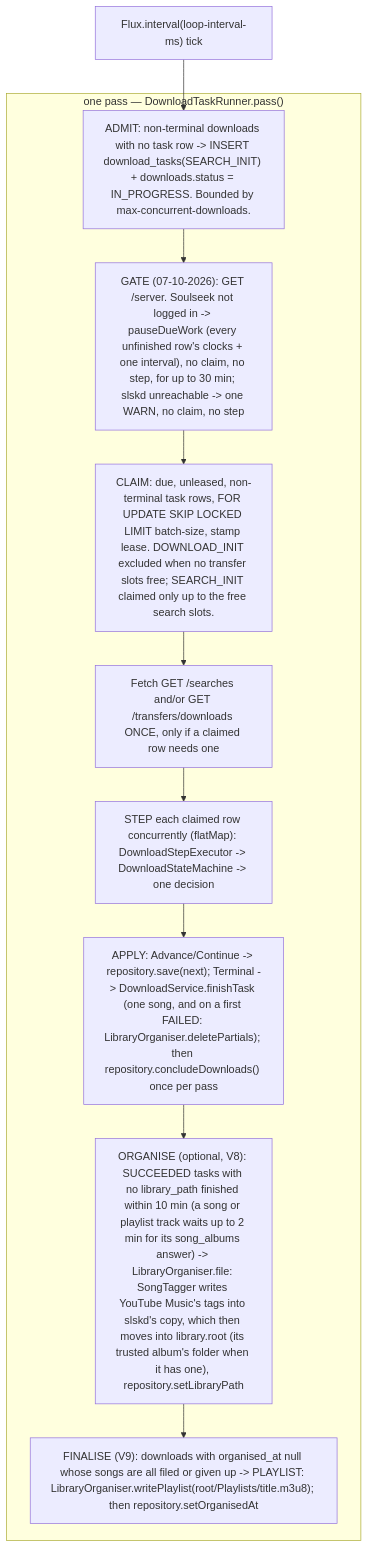
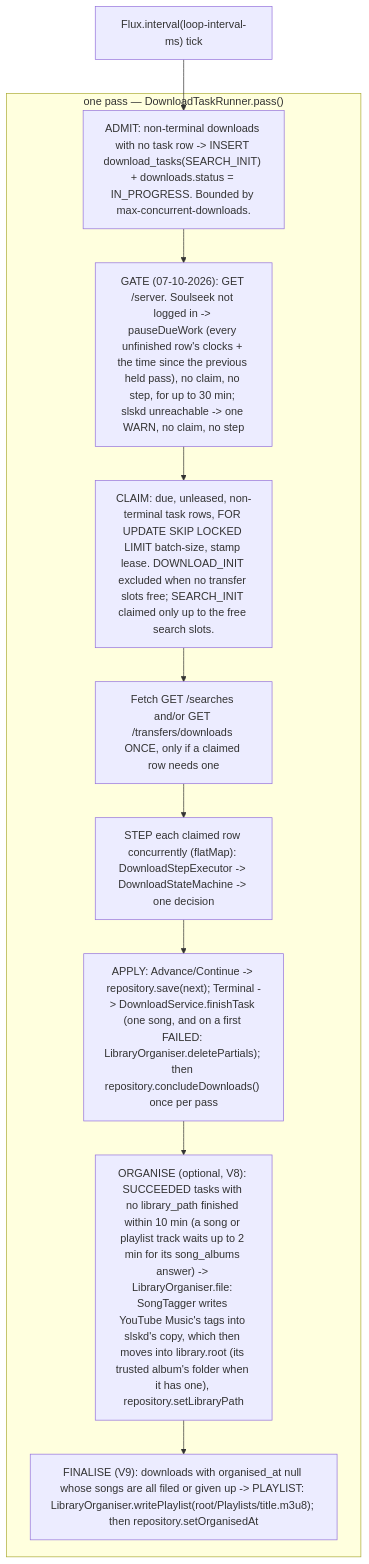
The diagram in docs/architecture/download-manager.md (catacomb5099/naviseerr), drawn with Mermaid before and after one commit. The commit also changed other lines of this file and 4 other files, not shown here.

First line of the commit message:
fix(AI): held clocks move by the measured time between passes, not by the interval

````diff
--- a/docs/architecture/download-manager.md
+++ b/docs/architecture/download-manager.md
@@ -18,14 +18,14 @@
 ```mermaid
 flowchart TD
     tick["Flux.interval(loop-interval-ms) tick"] --> admit
     subgraph pass ["one pass — DownloadTaskRunner.pass()"]
       admit["ADMIT: non-terminal downloads with no task row -> INSERT download_tasks(SEARCH_INIT) + downloads.status = IN_PROGRESS. Bounded by max-concurrent-downloads."]
-      admit --> gate["GATE (07-10-2026): GET /server. Soulseek not logged in -> pauseDueWork (every unfinished row's clocks + one interval), no claim, no step, for up to 30 min; slskd unreachable -> one WARN, no claim, no step"]
+      admit --> gate["GATE (07-10-2026): GET /server. Soulseek not logged in -> pauseDueWork (every unfinished row's clocks + the time since the previous held pass), no claim, no step, for up to 30 min; slskd unreachable -> one WARN, no claim, no step"]
       gate --> claim["CLAIM: due, unleased, non-terminal task rows, FOR UPDATE SKIP LOCKED LIMIT batch-size, stamp lease. DOWNLOAD_INIT excluded when no transfer slots free; SEARCH_INIT claimed only up to the free search slots."]
       claim --> fetch["Fetch GET /searches and/or GET /transfers/downloads ONCE, only if a claimed row needs one"]
       fetch --> step["STEP each claimed row concurrently (flatMap): DownloadStepExecutor -> DownloadStateMachine -> one decision"]
       step --> apply["APPLY: Advance/Continue -> repository.save(next); Terminal -> DownloadService.finishTask (one song, and on a first FAILED: LibraryOrganiser.deletePartials); then repository.concludeDownloads() once per pass"]
       apply --> organise["ORGANISE (optional, V8): SUCCEEDED tasks with no library_path finished within 10 min (a song or playlist track waits up to 2 min for its song_albums answer) -> LibraryOrganiser.file: SongTagger writes YouTube Music's tags into slskd's copy, which then moves into library.root (its trusted album's folder when it has one), repository.setLibraryPath"]
       organise --> finalise["FINALISE (V9): downloads with organised_at null whose songs are all filed or given up -> PLAYLIST: LibraryOrganiser.writePlaylist(root/Playlists/title.m3u8); then repository.setOrganisedAt"]
     end
 ```
````
